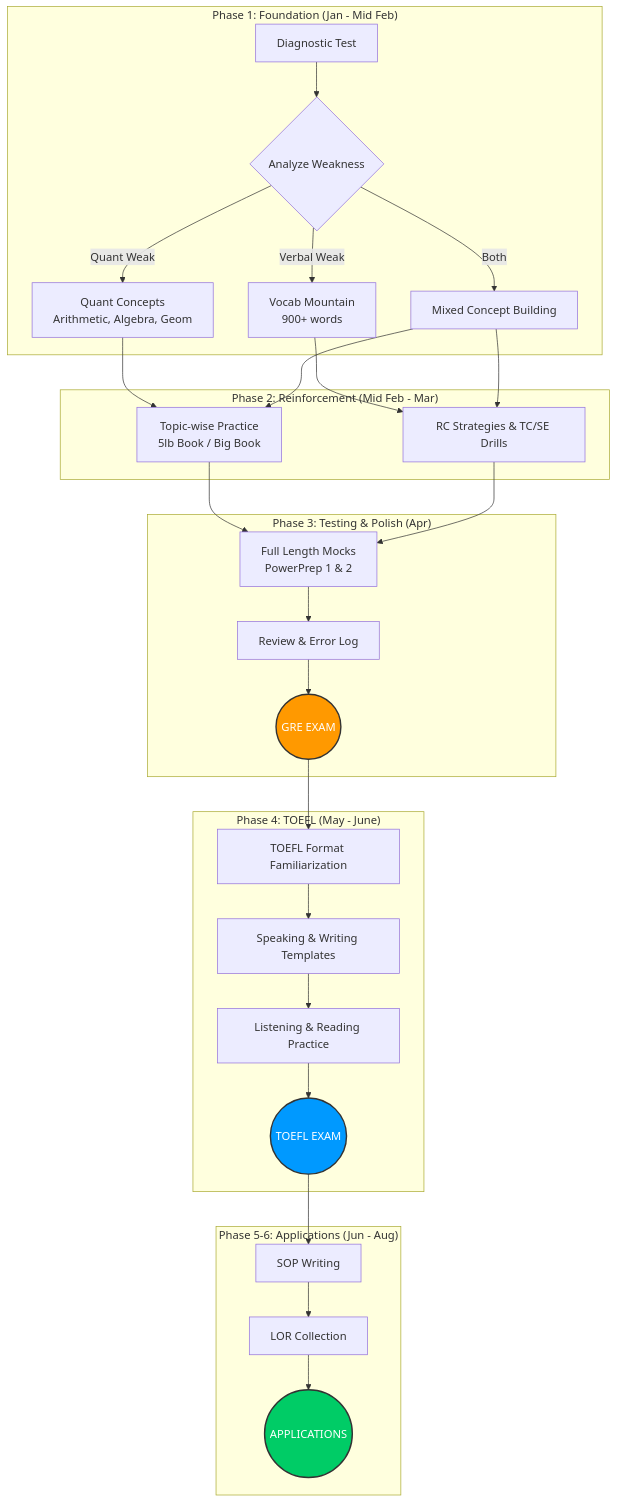
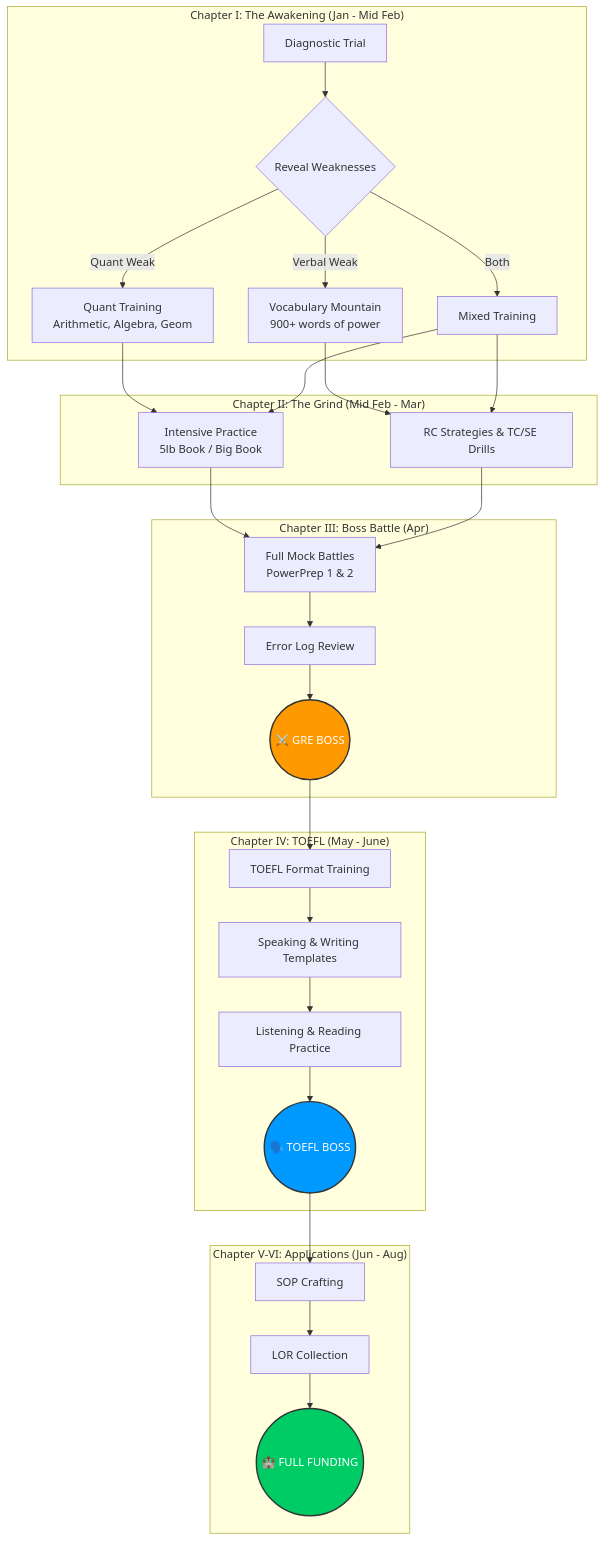
The diagram in README.md (taifur-rahaman/NEXTSTOP---ABROAD), drawn with Mermaid before and after one commit. The commit also changed other lines of this file, not shown here.

````diff
--- a/README.md
+++ b/README.md
@@ -226,40 +242,40 @@
 ```mermaid
 graph TD
-    subgraph "Phase 1: Foundation (Jan - Mid Feb)"
-        A[Diagnostic Test] --> B{Analyze Weakness}
-        B -->|Quant Weak| C[Quant Concepts<br>Arithmetic, Algebra, Geom]
-        B -->|Verbal Weak| D[Vocab Mountain<br>900+ words]
-        B -->|Both| E[Mixed Concept Building]
+    subgraph "Chapter I: The Awakening (Jan - Mid Feb)"
+        A[Diagnostic Trial] --> B{Reveal Weaknesses}
+        B -->|Quant Weak| C[Quant Training<br>Arithmetic, Algebra, Geom]
+        B -->|Verbal Weak| D[Vocabulary Mountain<br>900+ words of power]
+        B -->|Both| E[Mixed Training]
     end
 
-    subgraph "Phase 2: Reinforcement (Mid Feb - Mar)"
-        C --> F[Topic-wise Practice<br>5lb Book / Big Book]
+    subgraph "Chapter II: The Grind (Mid Feb - Mar)"
+        C --> F[Intensive Practice<br>5lb Book / Big Book]
         D --> G[RC Strategies & TC/SE Drills]
         E --> F
         E --> G
     end
 
-    subgraph "Phase 3: Testing & Polish (Apr)"
-        F --> H[Full Length Mocks<br>PowerPrep 1 & 2]
+    subgraph "Chapter III: Boss Battle (Apr)"
+        F --> H[Full Mock Battles<br>PowerPrep 1 & 2]
         G --> H
-        H --> I[Review & Error Log]
-        I --> J((GRE EXAM))
+        H --> I[Error Log Review]
+        I --> J((⚔️ GRE BOSS))
     end
     
-    subgraph "Phase 4: TOEFL (May - June)"
-        J --> K[TOEFL Format Familiarization]
+    subgraph "Chapter IV: TOEFL (May - June)"
+        J --> K[TOEFL Format Training]
         K --> L[Speaking & Writing Templates]
         L --> M[Listening & Reading Practice]
-        M --> N((TOEFL EXAM))
+        M --> N((🗣️ TOEFL BOSS))
     end
 
-    subgraph "Phase 5-6: Applications (Jun - Aug)"
-        N --> O[SOP Writing]
+    subgraph "Chapter V-VI: Applications (Jun - Aug)"
+        N --> O[SOP Crafting]
         O --> P[LOR Collection]
-        P --> Q((APPLICATIONS))
+        P --> Q((🏰 FULL FUNDING))
     end
 
     style J fill:#ff9900,stroke:#333,stroke-width:2px,color:white
     style N fill:#0099ff,stroke:#333,stroke-width:2px,color:white
     style Q fill:#00cc66,stroke:#333,stroke-width:2px,color:white
 ```
````
